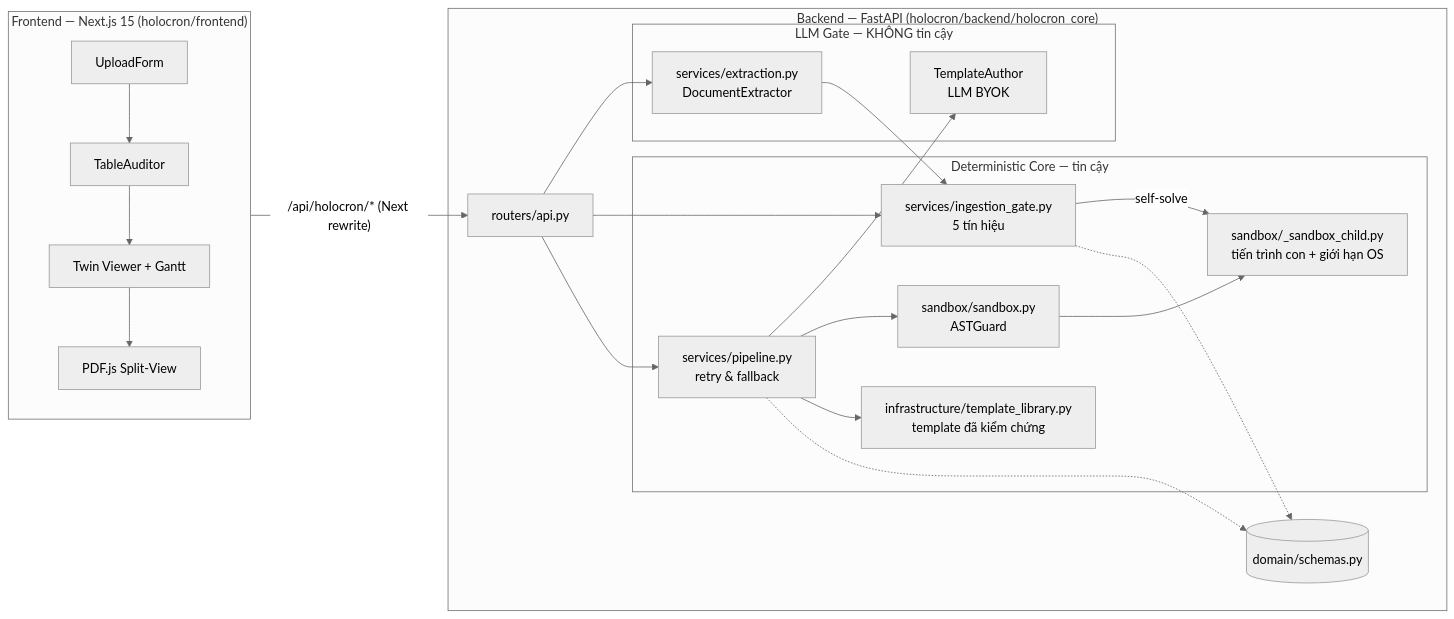
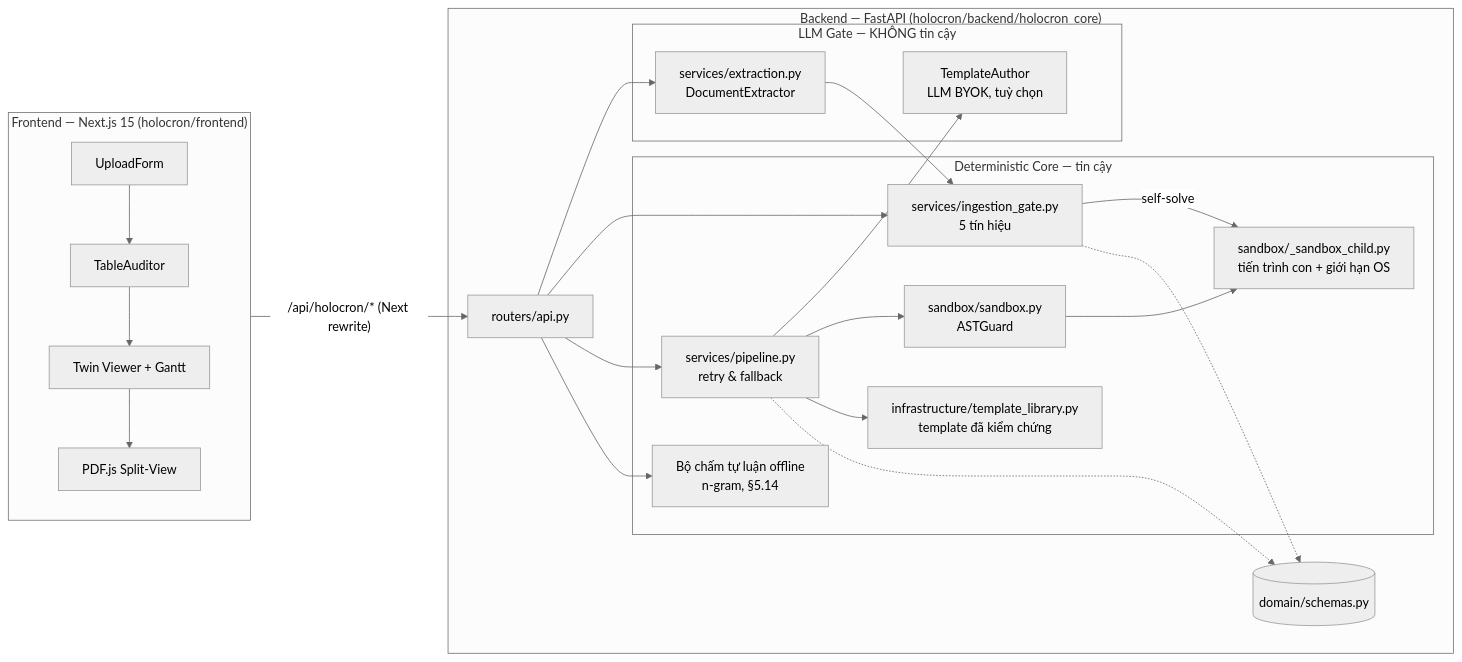
Before and after one commit to Nha-Cong-Dong/Holocron: the first of 2 diagrams in SPECIFICATION.md, drawn with Mermaid (neutral theme). The commit also changed other lines of this file and 1 other file, not shown here.

Commit message:
docs(spec): record 2026-10-25 decisions on essay format, optional LLM and gateway adapter

````diff
--- a/SPECIFICATION.md
+++ b/SPECIFICATION.md
@@ -180,33 +213,35 @@
 ```mermaid
 flowchart LR
   subgraph FE["Frontend — Next.js 15 (holocron/frontend)"]
     UP[UploadForm] --> TA[TableAuditor]
     TA --> TW[Twin Viewer + Gantt]
     TW --> PDF[PDF.js Split-View]
   end
   subgraph BE["Backend — FastAPI (holocron/backend/holocron_core)"]
     R[routers/api.py]
     subgraph LLMGate["LLM Gate — KHÔNG tin cậy"]
       EX[services/extraction.py<br/>DocumentExtractor]
-      AU[TemplateAuthor<br/>LLM BYOK]
+      AU[TemplateAuthor<br/>LLM BYOK, tuỳ chọn]
     end
     subgraph Core["Deterministic Core — tin cậy"]
       G[services/ingestion_gate.py<br/>5 tín hiệu]
       P[services/pipeline.py<br/>retry & fallback]
       AST[sandbox/sandbox.py<br/>ASTGuard]
       SB[sandbox/_sandbox_child.py<br/>tiến trình con + giới hạn OS]
       TL[infrastructure/template_library.py<br/>template đã kiểm chứng]
+      EG[Bộ chấm tự luận offline<br/>n-gram, §5.14]
     end
     D[(domain/schemas.py)]
   end
   FE -- "/api/holocron/* (Next rewrite)" --> R
   R --> EX --> G
   R --> G
   G -- self-solve --> SB
   R --> P
   P --> AU
   P --> AST --> SB
   P --> TL
+  R --> EG
   G -.-> D
   P -.-> D
 ```
````
